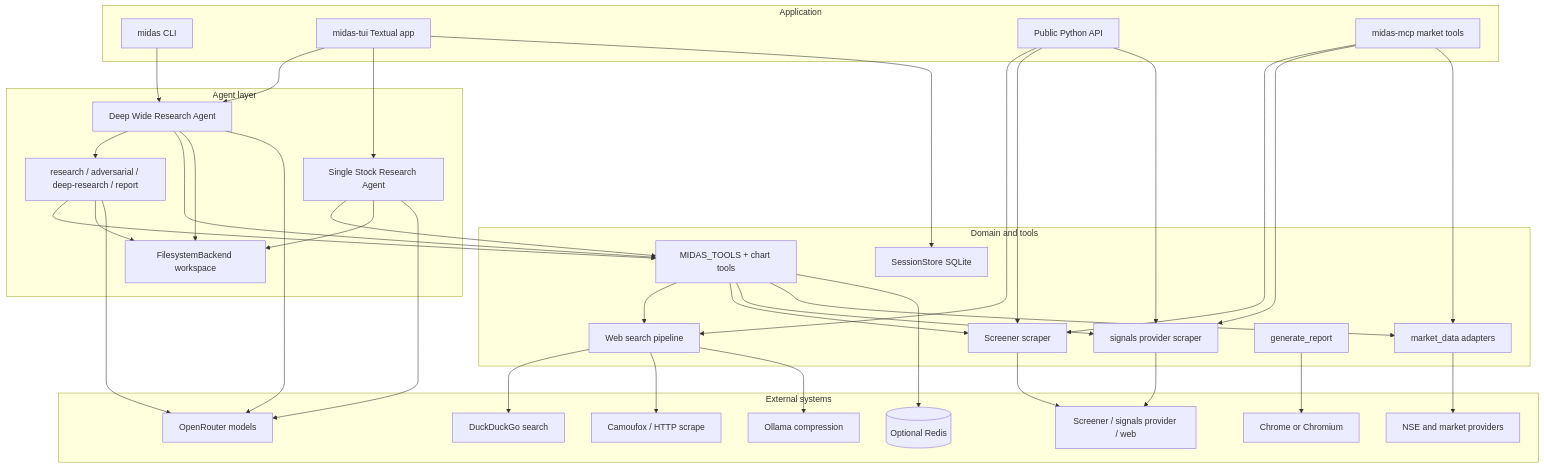
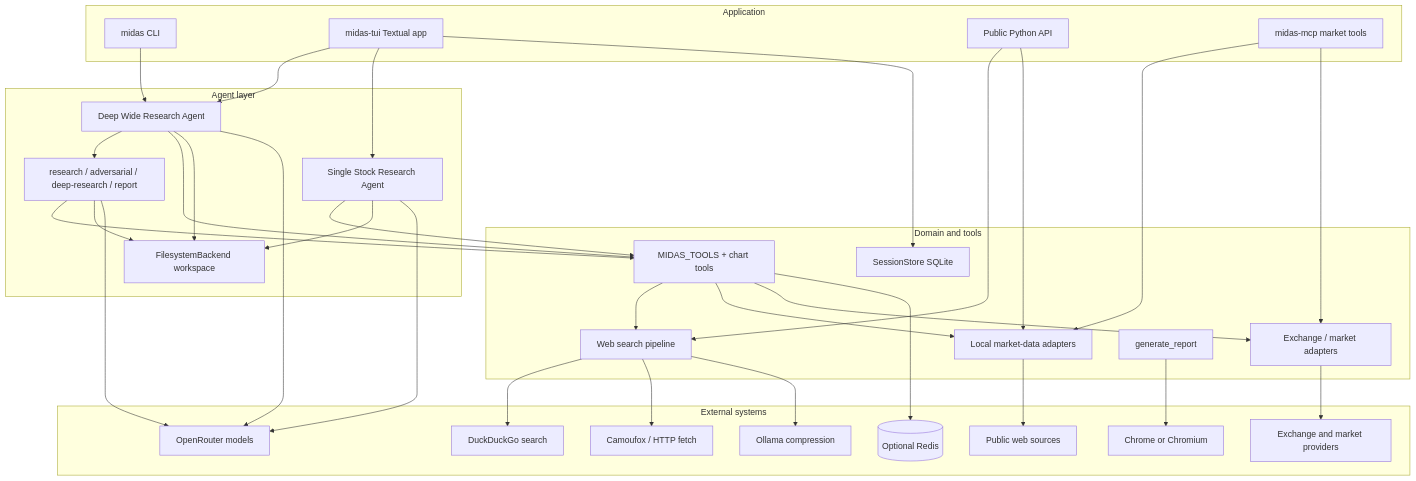
The third of 3 diagrams in README.md (aneeshpatne/Midas), drawn with Mermaid before and after one commit. The commit also changed other lines of this file and 6 other files, not shown here.

First line of the commit message:
Prepare public tree: drop private market adapters and genericize APIs

````diff
--- a/README.md
+++ b/README.md
@@ -99,70 +99,65 @@
 ```mermaid
 flowchart TB
   subgraph presentation [Application]
     CLI[midas CLI]
     TUI[midas-tui Textual app]
     LIB[Public Python API]
     MCP[midas-mcp market tools]
   end
 
   subgraph agents [Agent layer]
     LEAD[Deep Wide Research Agent]
     STOCK[Single Stock Research Agent]
     SUB[research / adversarial / deep-research / report]
     FS[FilesystemBackend workspace]
   end
 
   subgraph domain [Domain and tools]
     TOOLS[MIDAS_TOOLS + chart tools]
     PIPE[Web search pipeline]
-    SCR[Screener scraper]
-    TL[signals provider scraper]
-    MD[market_data adapters]
+    MDA[Local market-data adapters]
+    MD[Exchange / market adapters]
     REP[generate_report]
     SESS[SessionStore SQLite]
   end
 
   subgraph external [External systems]
     DDGS[DuckDuckGo search]
-    CAM[Camoufox / HTTP scrape]
+    CAM[Camoufox / HTTP fetch]
     OLL[Ollama compression]
     DS[OpenRouter models]
-    NSE[NSE and market providers]
-    WEB[Screener / signals provider / web]
+    EXCH[Exchange and market providers]
+    WEB[Public web sources]
     REDIS[(Optional Redis)]
     CHROME[Chrome or Chromium]
   end
 
   CLI --> LEAD
   TUI --> LEAD
   TUI --> STOCK
   TUI --> SESS
   LIB --> PIPE
-  LIB --> SCR
-  LIB --> TL
-  MCP --> SCR
-  MCP --> TL
+  LIB --> MDA
+  MCP --> MDA
   MCP --> MD
   LEAD --> SUB
   LEAD --> TOOLS
   LEAD --> FS
   STOCK --> TOOLS
   STOCK --> FS
   SUB --> TOOLS
   SUB --> FS
   TOOLS --> PIPE
-  TOOLS --> SCR
-  TOOLS --> TL
+  TOOLS --> MDA
   TOOLS --> MD
   TOOLS --> REDIS
   PIPE --> DDGS
   PIPE --> CAM
   PIPE --> OLL
-  SCR --> WEB
-  TL --> WEB
-  MD --> NSE
+  MDA --> WEB
+  MD --> EXCH
   LEAD --> DS
   STOCK --> DS
   SUB --> DS
   REP --> CHROME
 ```
````
